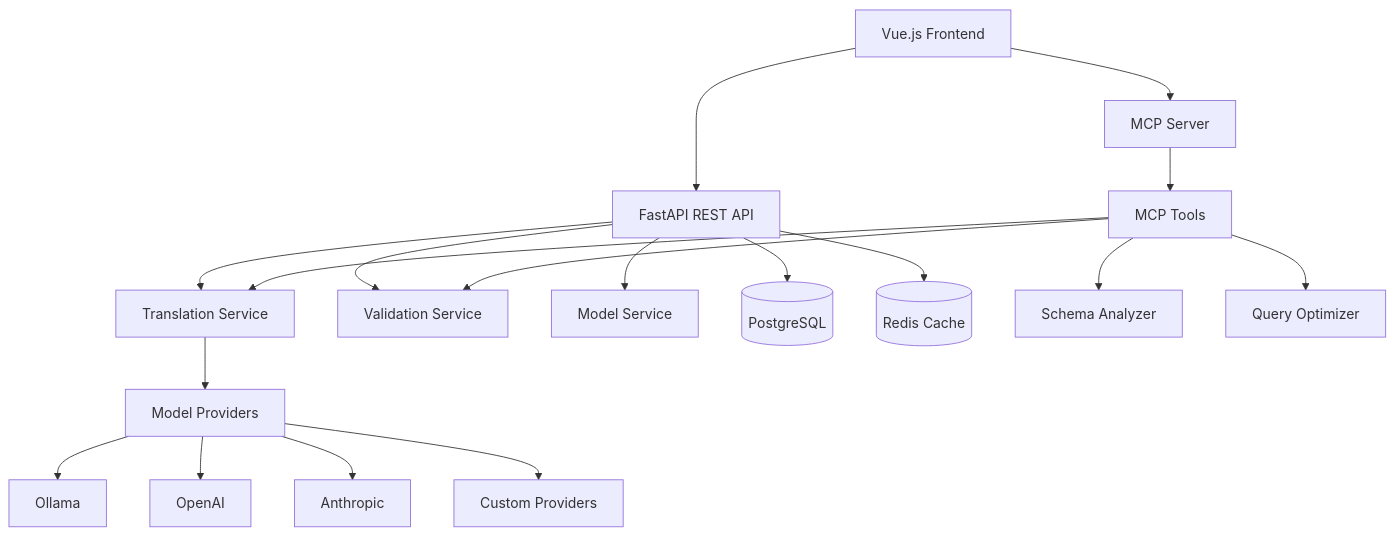
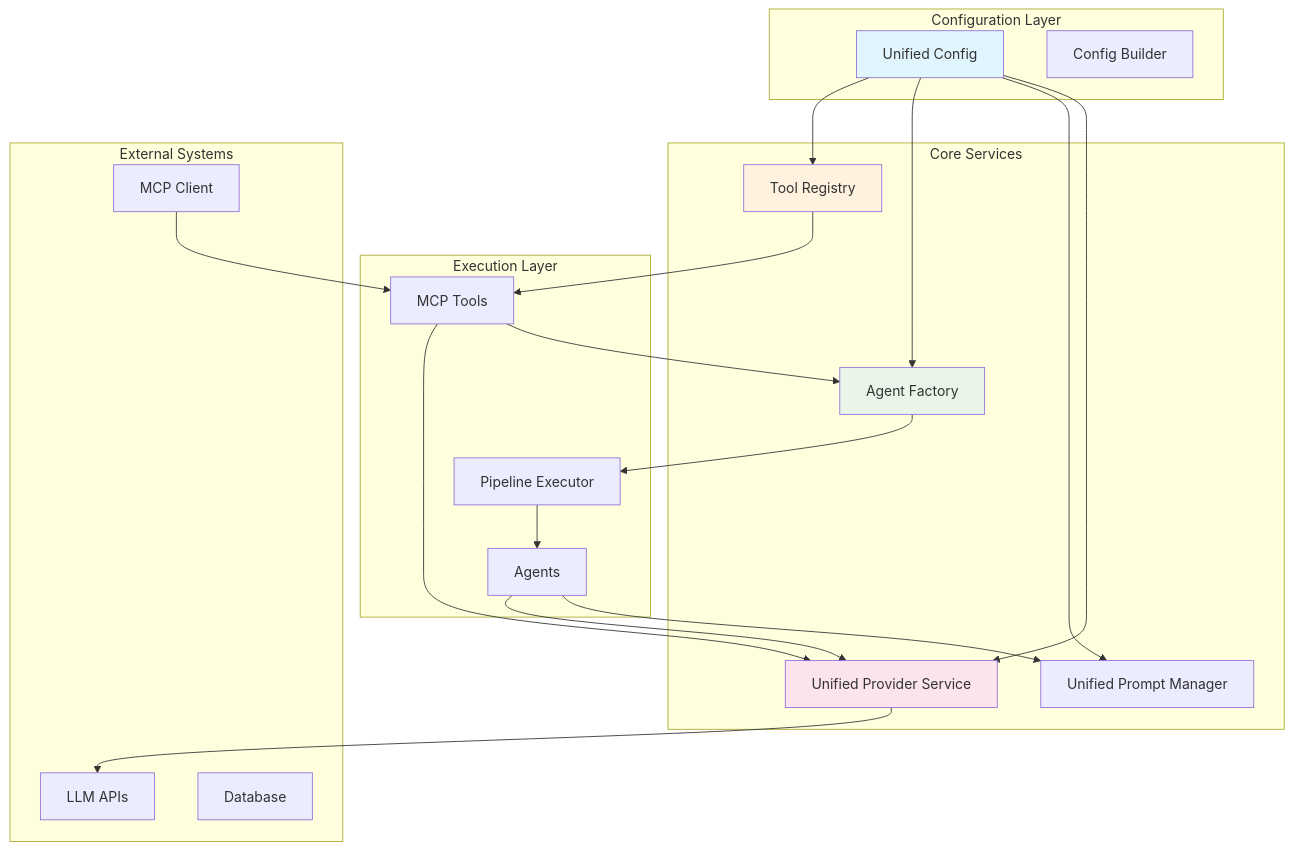
The first of 2 diagrams in docs/ARCHITECTURE.md (wildercb/nl-ql-ui), drawn with Mermaid before and after one commit. The commit also changed other lines of this file and 93 other files, not shown here.

````diff
--- a/docs/ARCHITECTURE.md
+++ b/docs/ARCHITECTURE.md
@@ -87,20 +263,46 @@
 ```mermaid
 graph TB
-    UI[Vue.js Frontend] --> API[FastAPI REST API]
-    UI --> MCP[MCP Server]
-    API --> TS[Translation Service]
-    API --> VS[Validation Service] 
-    API --> MS[Model Service]
-    TS --> MP[Model Providers]
-    MP --> Ollama[Ollama]
-    MP --> OpenAI[OpenAI]
-    MP --> Anthropic[Anthropic]
-    MP --> Custom[Custom Providers]
-    API --> DB[(PostgreSQL)]
-    API --> Redis[(Redis Cache)]
-    MCP --> Tools[MCP Tools]
-    Tools --> TS
-    Tools --> VS
-    Tools --> SA[Schema Analyzer]
-    Tools --> QO[Query Optimizer]
+    subgraph "Configuration Layer"
+        UC[Unified Config]
+        CB[Config Builder]
+    end
+
+    subgraph "Core Services"
+        UPS[Unified Provider Service]
+        UPM[Unified Prompt Manager] 
+        AF[Agent Factory]
+        TR[Tool Registry]
+    end
+
+    subgraph "Execution Layer"
+        PE[Pipeline Executor]
+        AGENTS[Agents]
+        TOOLS[MCP Tools]
+    end
+
+    subgraph "External Systems"
+        APIS[LLM APIs]
+        DB[Database]
+        MCP[MCP Client]
+    end
+
+    UC --> UPS
+    UC --> UPM
+    UC --> AF
+    UC --> TR
+    
+    AF --> PE
+    TR --> TOOLS
+    UPS --> APIS
+    PE --> AGENTS
+    AGENTS --> UPM
+    AGENTS --> UPS
+    TOOLS --> AF
+    TOOLS --> UPS
+    MCP --> TOOLS
+
+    style UC fill:#e1f5fe
+    style UPS fill:#fce4ec
+    style AF fill:#e8f5e8
+    style TR fill:#fff3e0
 ```
````
